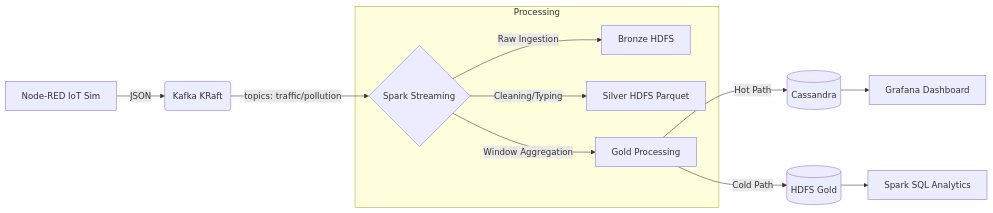
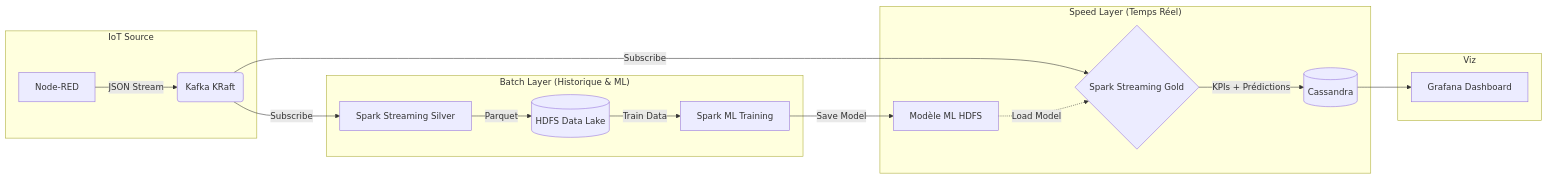
One commit to 8sylla/citypulse changed the diagram in README.md. Above: the diagram before and after it, drawn with Mermaid. The commit also changed other lines of this file and 1107 other files, not shown here.

````diff
--- a/README.md
+++ b/README.md
@@ -37,17 +43,23 @@
 ```mermaid
 graph LR
-    A[Node-RED IoT Sim] -->|JSON| B(Kafka KRaft)
-    B -->|topics: traffic/pollution| C{Spark Streaming}
-    
-    subgraph Processing
-    C -->|Raw Ingestion| D[Bronze HDFS]
-    C -->|Cleaning/Typing| E[Silver HDFS Parquet]
-    C -->|Window Aggregation| F[Gold Processing]
+    subgraph IoT Source
+    A[Node-RED] -->|JSON Stream| B(Kafka KRaft)
+    end
+
+    subgraph "Speed Layer (Temps Réel)"
+    B -->|Subscribe| C{Spark Streaming Gold}
+    E[Modèle ML HDFS] -.->|Load Model| C
+    C -->|KPIs + Prédictions| F[(Cassandra)]
     end
     
-    F -->|Hot Path| G[(Cassandra)]
-    F -->|Cold Path| H[(HDFS Gold)]
-    
-    G --> I[Grafana Dashboard]
-    H --> J[Spark SQL Analytics]
+    subgraph "Batch Layer (Historique & ML)"
+    B -->|Subscribe| D[Spark Streaming Silver]
+    D -->|Parquet| G[(HDFS Data Lake)]
+    G -->|Train Data| H[Spark ML Training]
+    H -->|Save Model| E
+    end
+
+    subgraph Viz
+    F --> I[Grafana Dashboard]
+    end
 ```
````
